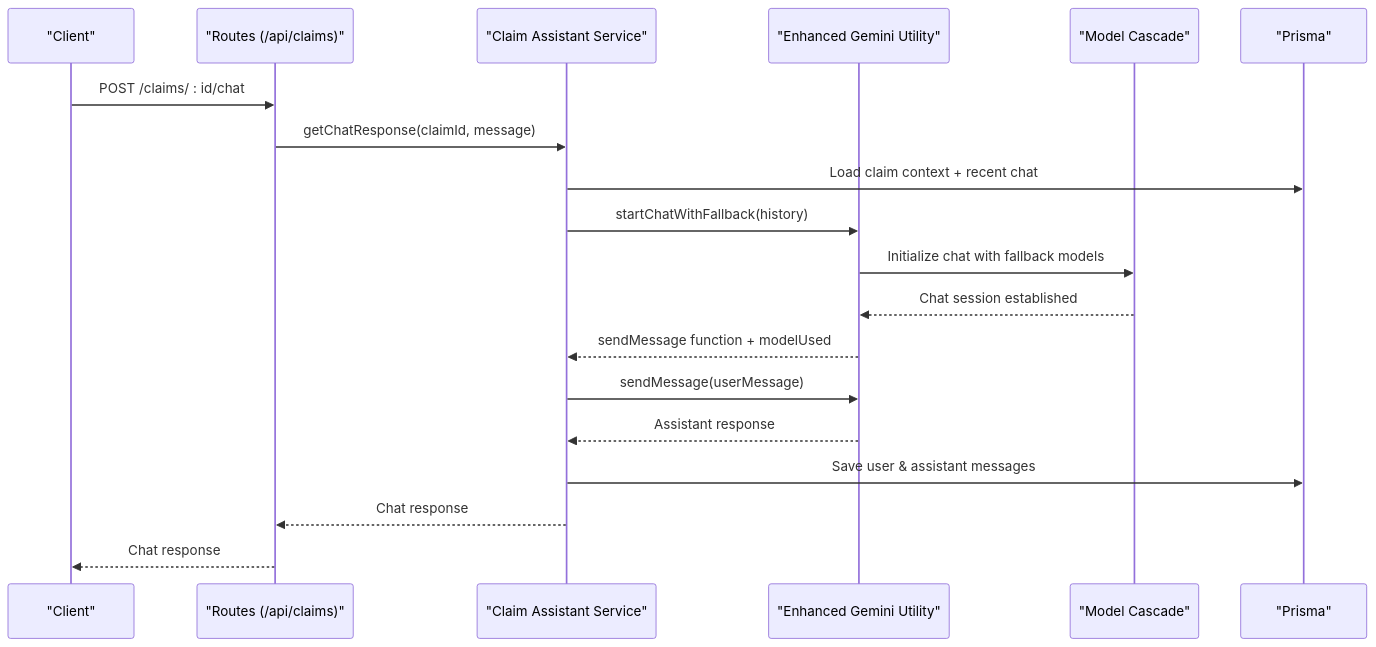
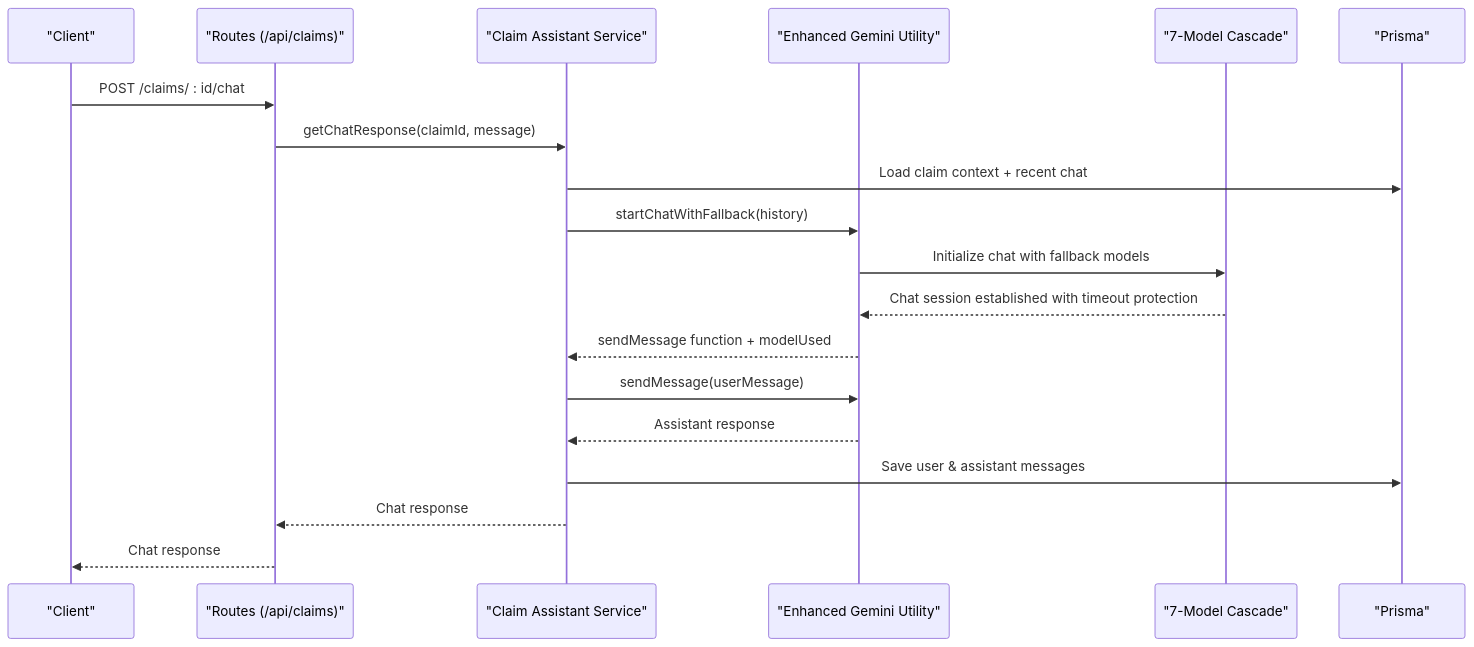
One commit to NaveenHiranya/Smart-Vehicle-Insurance-Claim-System changed the fourth of 9 diagrams in .qoder/repowiki/en/content/AI Services Integration/AI Services Integration.md. Above: the diagram before and after it, drawn with Mermaid. The commit also changed other lines of this file and 33 other files, not shown here.

````diff
--- a/.qoder/repowiki/en/content/AI Services Integration/AI Services Integration.md
+++ b/.qoder/repowiki/en/content/AI Services Integration/AI Services Integration.md
@@ -149,21 +153,21 @@
 ```mermaid
 sequenceDiagram
 participant C as "Client"
 participant R as "Routes (/api/claims)"
 participant A as "Claim Assistant Service"
 participant G as "Enhanced Gemini Utility"
-participant MC as "Model Cascade"
+participant MC as "7-Model Cascade"
 participant P as "Prisma"
 C->>R : POST /claims/ : id/chat
 R->>A : getChatResponse(claimId, message)
 A->>P : Load claim context + recent chat
 A->>G : startChatWithFallback(history)
 G->>MC : Initialize chat with fallback models
-MC-->>G : Chat session established
+MC-->>G : Chat session established with timeout protection
 G-->>A : sendMessage function + modelUsed
 A->>G : sendMessage(userMessage)
 G-->>A : Assistant response
 A->>P : Save user & assistant messages
 A-->>R : Chat response
 R-->>C : Chat response
 ```
````
